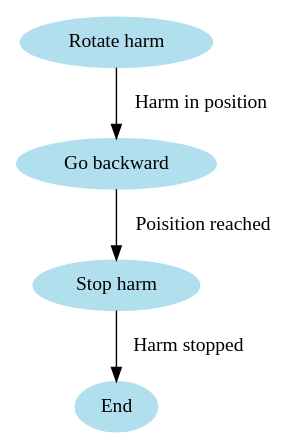
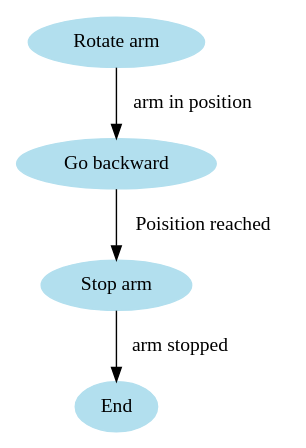
Before and after one commit to oliv5/apbteam: the diagram in digital/io/doc/chargeBall.dot, drawn with Graphviz. The commit also changed 3 other files, not shown here.

```diff
--- a/digital/io/doc/chargeBall.dot
+++ b/digital/io/doc/chargeBall.dot
@@ -1,8 +1,8 @@
 /* IO.avr module. Charge balls Final State Machine */
-digraph chargeBallFsm 
+digraph loadBallFsm 
 {
 	node [color=lightblue2, style=filled];
-	"Rotate harm" -> "Go backward" [label = "Harm in position"];
-	"Go backward" -> "Stop harm" [label = "Poisition reached"];
-	"Stop harm" -> End [label = "Harm stopped"];
+	"Rotate arm" -> "Go backward" [label = "arm in position"];
+	"Go backward" -> "Stop arm" [label = "Poisition reached"];
+	"Stop arm" -> End [label = "arm stopped"];
 }
```
